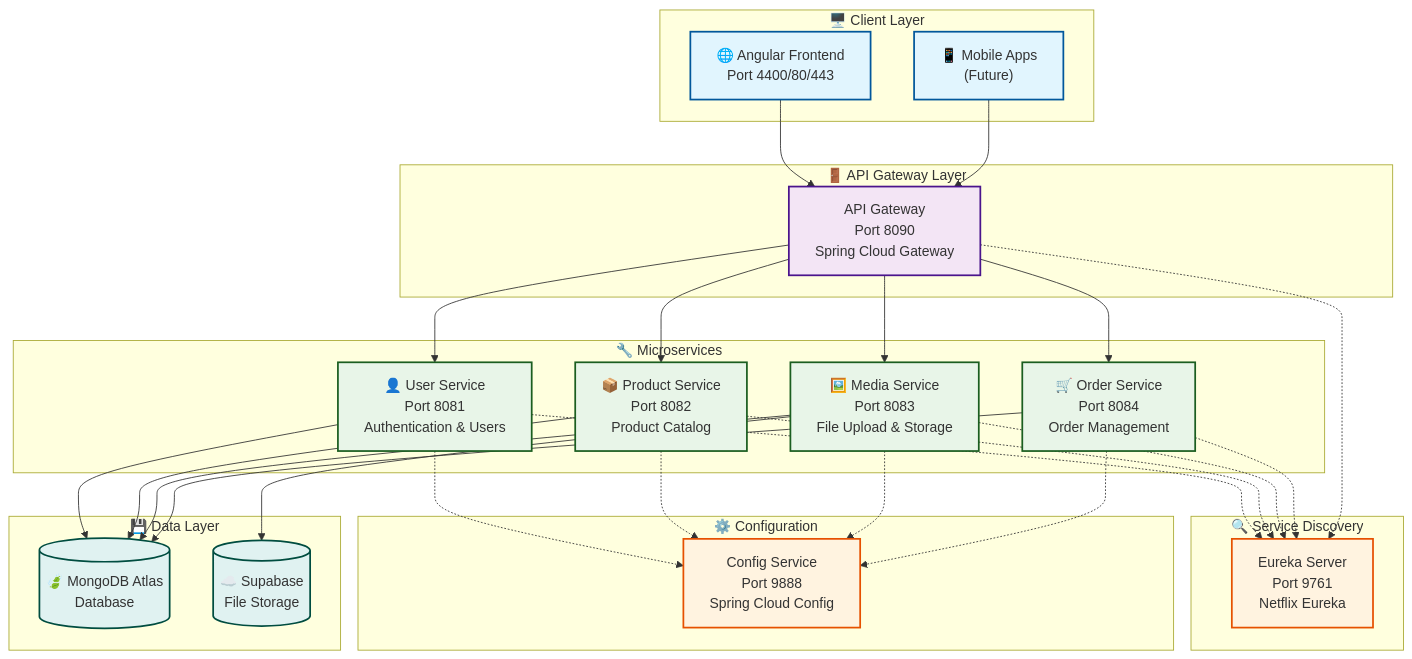
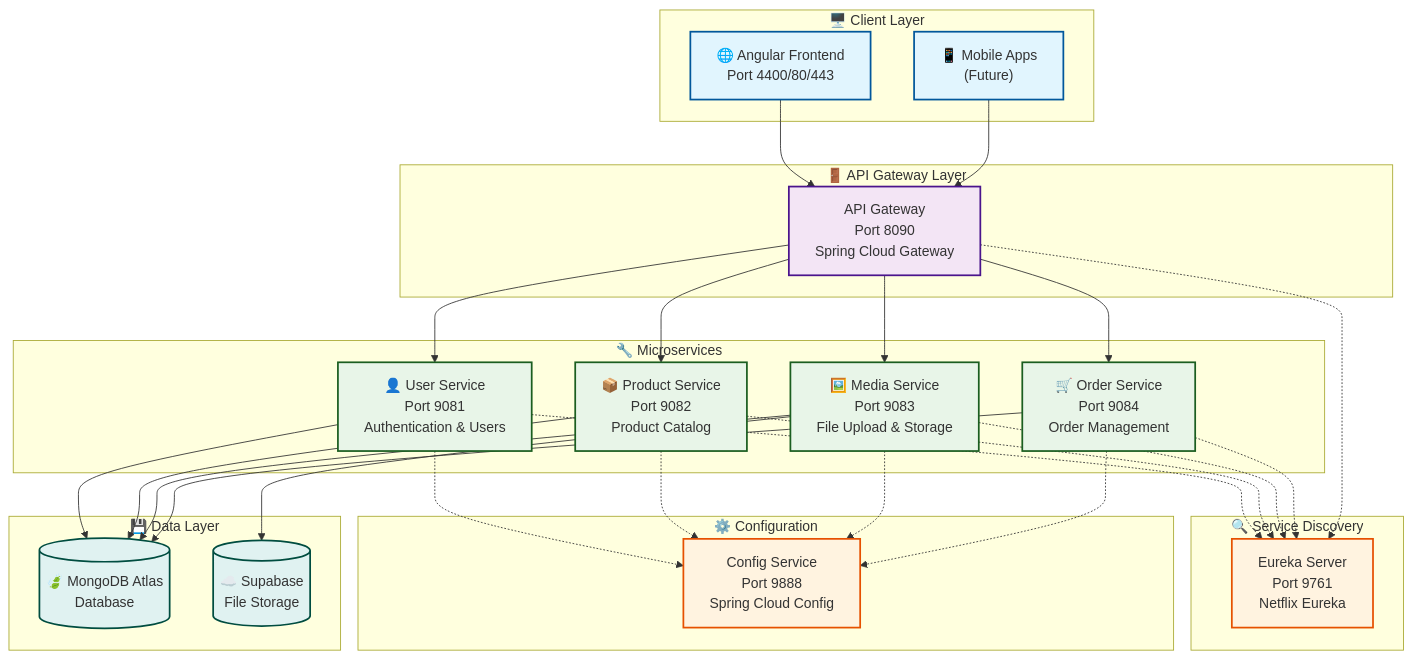
One commit to TanakAiko/mr-jenk changed the diagram in README.md. Above: the diagram before and after it, drawn with Mermaid. The commit also changed other lines of this file and 10 other files, not shown here.

````diff
--- a/README.md
+++ b/README.md
@@ -27,67 +27,67 @@
 ```mermaid
 flowchart TB
     subgraph Client["🖥️ Client Layer"]
         WEB["🌐 Angular Frontend<br/>Port 4400/80/443"]
         MOBILE["📱 Mobile Apps<br/>(Future)"]
     end
     
     subgraph Gateway["🚪 API Gateway Layer"]
         APIGATE["API Gateway<br/>Port 8090<br/>Spring Cloud Gateway"]
     end
     
     subgraph Discovery["🔍 Service Discovery"]
         EUREKA["Eureka Server<br/>Port 9761<br/>Netflix Eureka"]
     end
     
     subgraph Config["⚙️ Configuration"]
         CONFIGSVC["Config Service<br/>Port 9888<br/>Spring Cloud Config"]
     end
     
     subgraph Services["🔧 Microservices"]
-        USER["👤 User Service<br/>Port 8081<br/>Authentication & Users"]
-        PRODUCT["📦 Product Service<br/>Port 8082<br/>Product Catalog"]
-        MEDIA["🖼️ Media Service<br/>Port 8083<br/>File Upload & Storage"]
-        ORDER["🛒 Order Service<br/>Port 8084<br/>Order Management"]
+        USER["👤 User Service<br/>Port 9081<br/>Authentication & Users"]
+        PRODUCT["📦 Product Service<br/>Port 9082<br/>Product Catalog"]
+        MEDIA["🖼️ Media Service<br/>Port 9083<br/>File Upload & Storage"]
+        ORDER["🛒 Order Service<br/>Port 9084<br/>Order Management"]
     end
     
     subgraph Data["💾 Data Layer"]
         MONGO[("🍃 MongoDB Atlas<br/>Database")]
         SUPABASE[("☁️ Supabase<br/>File Storage")]
     end
     
     WEB --> APIGATE
     MOBILE --> APIGATE
     APIGATE --> USER
     APIGATE --> PRODUCT
     APIGATE --> MEDIA
     APIGATE --> ORDER
     
     USER -.-> EUREKA
     PRODUCT -.-> EUREKA
     MEDIA -.-> EUREKA
     ORDER -.-> EUREKA
     APIGATE -.-> EUREKA
     
     USER -.-> CONFIGSVC
     PRODUCT -.-> CONFIGSVC
     MEDIA -.-> CONFIGSVC
     ORDER -.-> CONFIGSVC
     
     USER --> MONGO
     PRODUCT --> MONGO
     MEDIA --> MONGO
     ORDER --> MONGO
     MEDIA --> SUPABASE
     
     classDef clientStyle fill:#e1f5fe,stroke:#01579b,stroke-width:2px
     classDef gatewayStyle fill:#f3e5f5,stroke:#4a148c,stroke-width:2px
     classDef serviceStyle fill:#e8f5e8,stroke:#1b5e20,stroke-width:2px
     classDef dataStyle fill:#e0f2f1,stroke:#004d40,stroke-width:2px
     classDef configStyle fill:#fff3e0,stroke:#e65100,stroke-width:2px
     
     class WEB,MOBILE clientStyle
     class APIGATE gatewayStyle
     class USER,PRODUCT,MEDIA,ORDER serviceStyle
     class MONGO,SUPABASE dataStyle
     class EUREKA,CONFIGSVC configStyle
 ```
````
